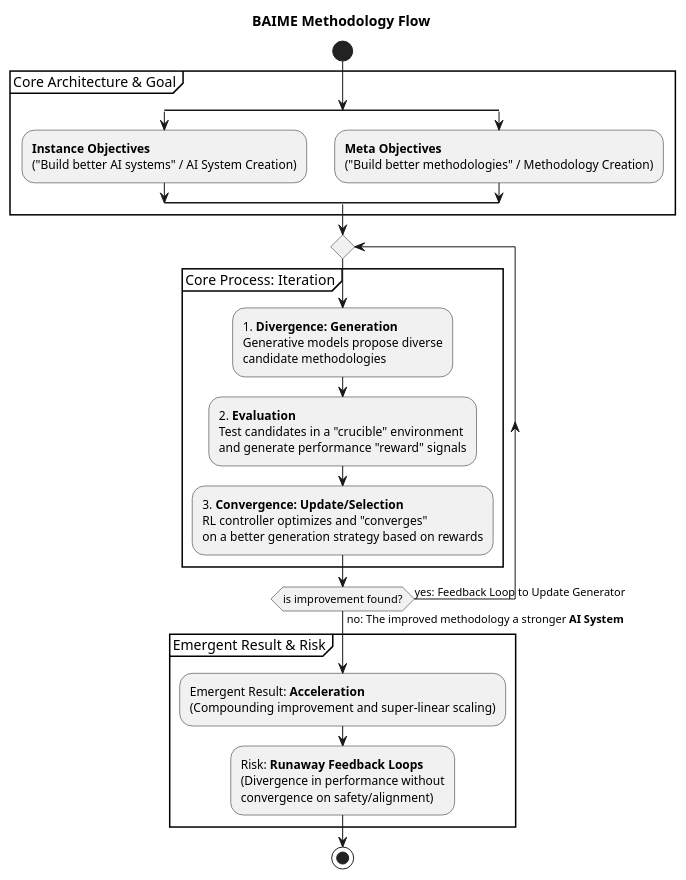
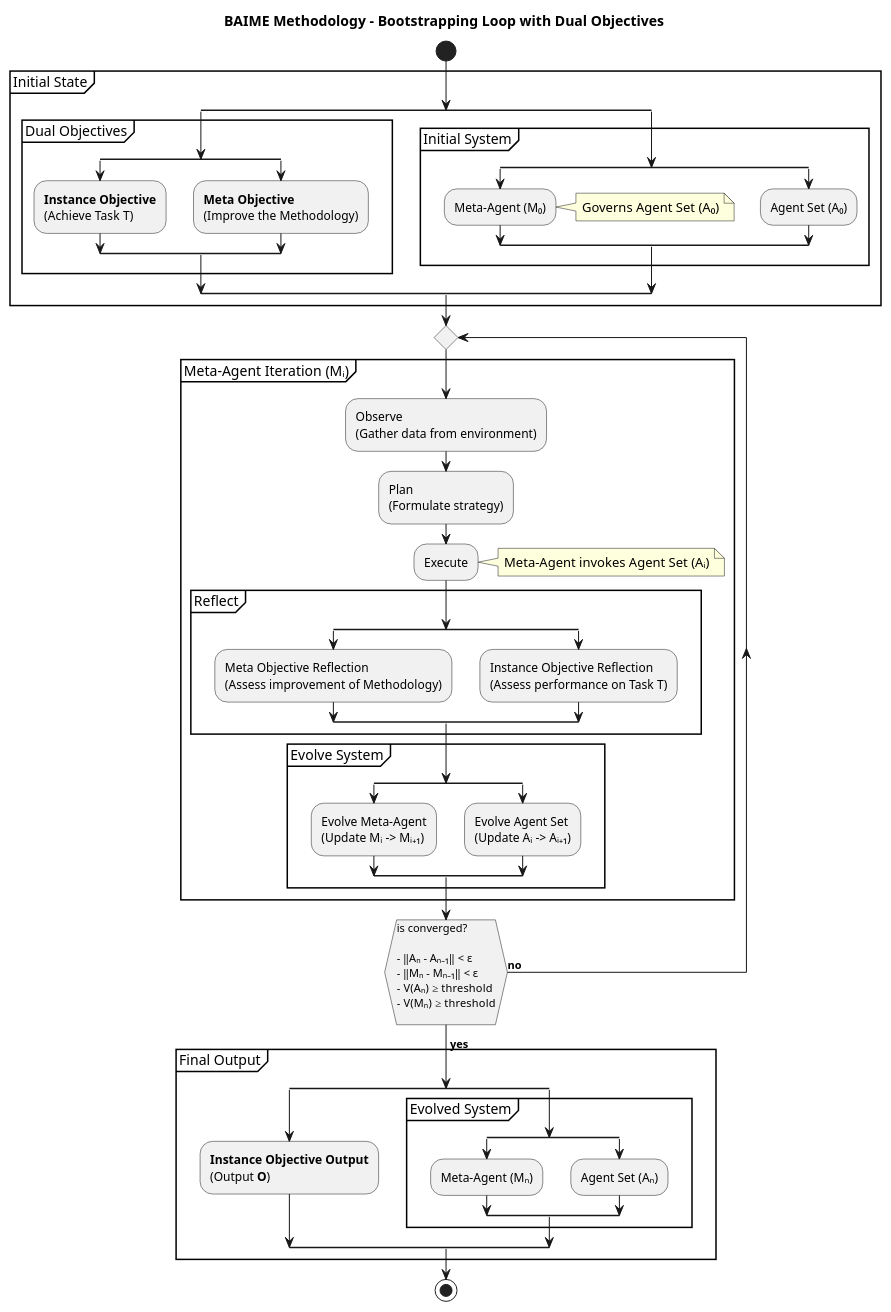
Before and after one commit to yaleh/meta-cc: the diagram in docs/methodology/baime_methodology_diagram.puml, drawn with PlantUML.

Commit message:
docs: update BAIME methodology diagram for bootstrapping loop & dual objectives
Revise the PlantUML diagram to clarify the bootstrapping process:
- Introduce an “Initial State” partition with separate Instance and Meta objectives.
- Detail the Meta‑Agent iteration steps (Observe, Plan, Execute, Reflect, Evolve).
- Add explicit convergence criteria and a final output partition.
- Rework partitions and notes to better represent the dual‑objective workflow and system evolution. This improves documentation clarity around how the methodology iteratively improves both task performance and the underlying framework.

```diff
--- a/docs/methodology/baime_methodology_diagram.puml
+++ b/docs/methodology/baime_methodology_diagram.puml
@@ -1,41 +1,87 @@
 @startuml
-title BAIME Methodology Flow
+title BAIME Methodology - Bootstrapping Loop with Dual Objectives
 
 start
 
-partition "Core Architecture & Goal" {
+partition "Initial State" {
     split
-        :**Instance Objectives**
-        ("Build better AI systems" / AI System Creation);
+        partition "Dual Objectives" {
+            split
+                :**Instance Objective**
+                (Achieve Task T);
+            split again
+                :**Meta Objective**
+                (Improve the Methodology);
+            end split
+        }
     split again
-        :**Meta Objectives**
-        ("Build better methodologies" / Methodology Creation);
+        partition "Initial System" {
+            split
+                :Meta-Agent (M₀);
+                note right: Governs Agent Set (A₀)
+            split again
+                :Agent Set (A₀);
+            end split
+        }
     end split
 }
 
 repeat
-    partition "Core Process: Iteration" {
-        :1. **Divergence: Generation**
-        Generative models propose diverse
-        candidate methodologies;
+    partition "Meta-Agent Iteration (Mᵢ)" {
+        :Observe
+        (Gather data from environment);
 
-        :2. **Evaluation**
-        Test candidates in a "crucible" environment
-        and generate performance "reward" signals;
+        :Plan
+        (Formulate strategy);
 
-        :3. **Convergence: Update/Selection**
-        RL controller optimizes and "converges"
-        on a better generation strategy based on rewards;
+        :Execute;
+        note right: Meta-Agent invokes Agent Set (Aᵢ)
+
+        partition "Reflect" {
+            split
+                :Meta Objective Reflection
+                (Assess improvement of Methodology);
+            split again
+                :Instance Objective Reflection
+                (Assess performance on Task T);
+            end split
+        }
+
+        partition "Evolve System" {
+            split
+                :Evolve Meta-Agent
+                (Update Mᵢ -> Mᵢ₊₁);
+            split again
+                :Evolve Agent Set
+                (Update Aᵢ -> Aᵢ₊₁);
+            end split
+        }
     }
-repeat while (is improvement found?) is (yes: Feedback Loop to Update Generator) not (no: The improved methodology a stronger **AI System**);
+repeat while (is converged?
 
-partition "Emergent Result & Risk" {
-    :Emergent Result: **Acceleration**
-    (Compounding improvement and super-linear scaling);
-    :Risk: **Runaway Feedback Loops**
-    (Divergence in performance without
-    convergence on safety/alignment);
+      - ‖Aₙ - Aₙ₋₁‖ < ε
+      - ‖Mₙ - Mₙ₋₁‖ < ε
+      - V(Aₙ) ≥ threshold
+      - V(Mₙ) ≥ threshold
+) is (**no**
+)
+-> **yes**;
+
+partition "Final Output" {
+    split
+        :**Instance Objective Output**
+        (Output **O**);
+    split again
+        partition "Evolved System" {
+            split
+                :Meta-Agent (Mₙ);
+            split again
+                :Agent Set (Aₙ);
+            end split
+        }
+    end split
 }
 
 stop
+
 @enduml
```
